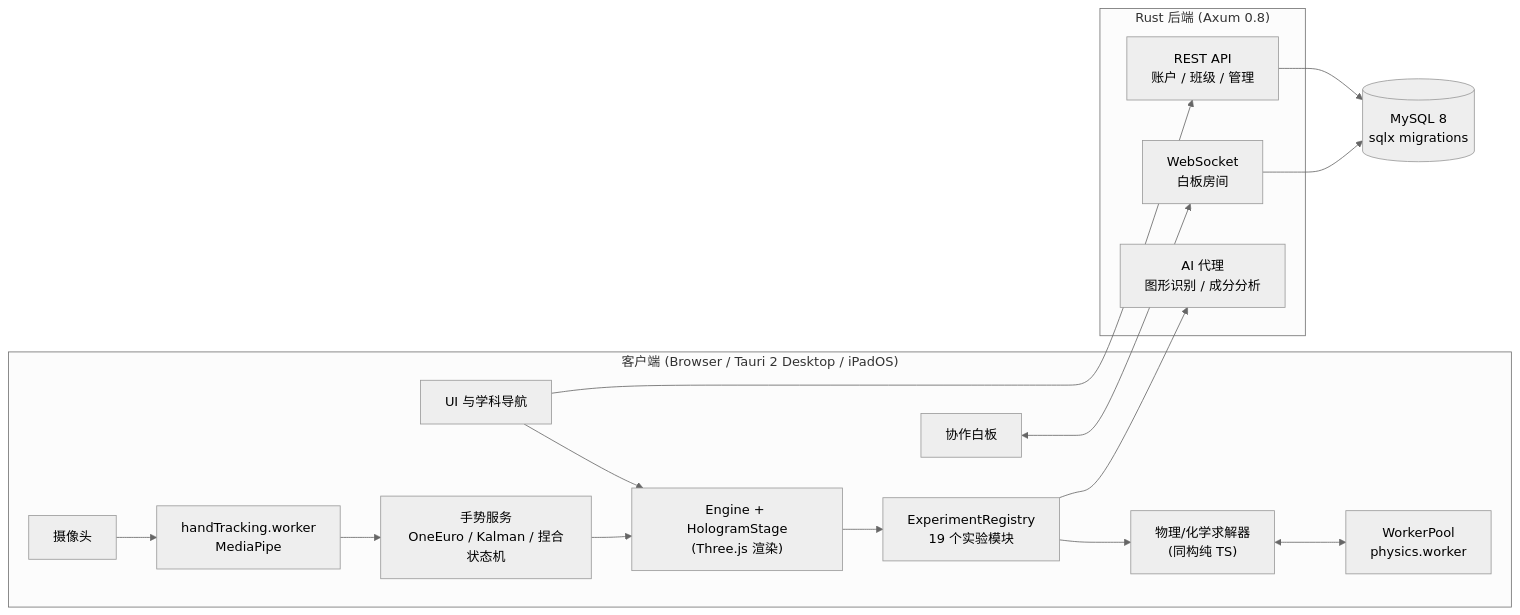
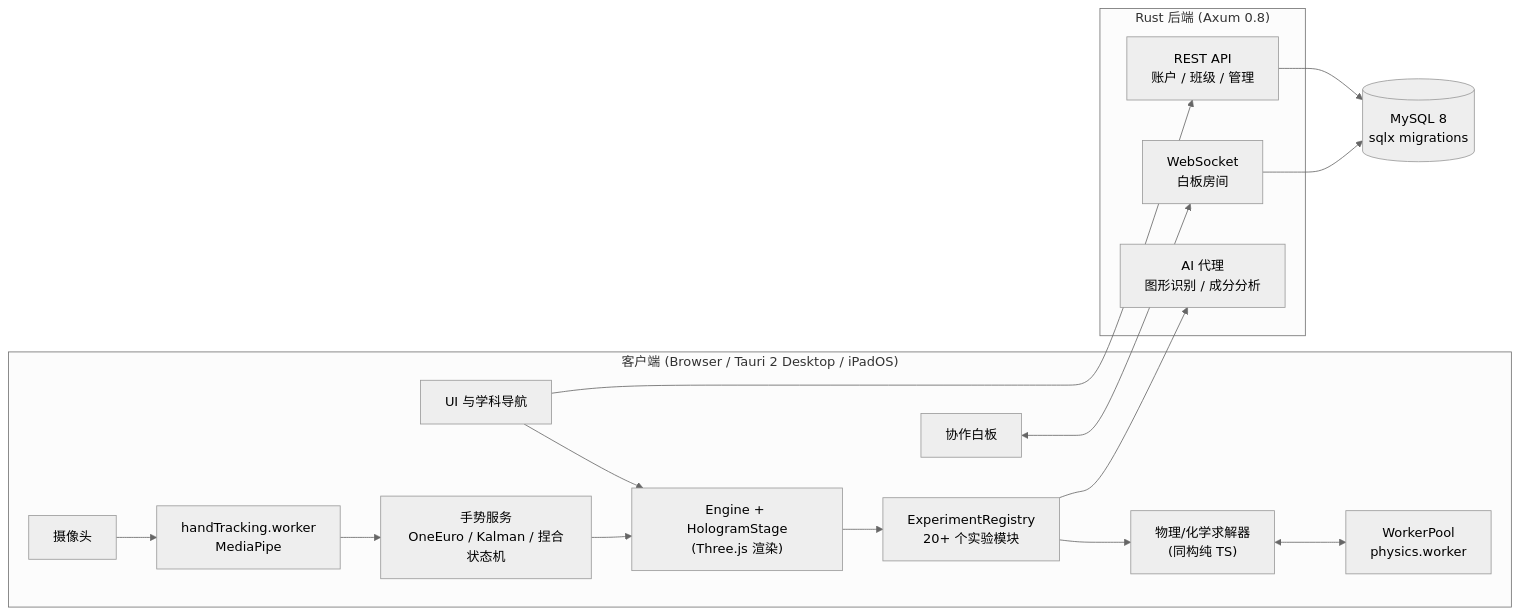
One commit to SenorPink0487/HoloGrip-Beta changed the diagram in README.md. Above: the diagram before and after it, drawn with Mermaid (neutral theme). The commit also changed other lines of this file, not shown here.

````diff
--- a/README.md
+++ b/README.md
@@ -60,22 +76,22 @@
 ```mermaid
 flowchart LR
   subgraph Client["客户端 (Browser / Tauri 2 Desktop / iPadOS)"]
     UI["UI 与学科导航"] --> Engine["Engine + HologramStage<br/>(Three.js 渲染)"]
-    Engine --> Registry["ExperimentRegistry<br/>19 个实验模块"]
+    Engine --> Registry["ExperimentRegistry<br/>20+ 个实验模块"]
     Registry --> Physics["物理/化学求解器<br/>(同构纯 TS)"]
     Physics <--> Pool["WorkerPool<br/>physics.worker"]
     Cam["摄像头"] --> HT["handTracking.worker<br/>MediaPipe"] --> Gesture["手势服务<br/>OneEuro / Kalman / 捏合状态机"] --> Engine
     WB["协作白板"]
   end
   subgraph Server["Rust 后端 (Axum 0.8)"]
     API["REST API<br/>账户 / 班级 / 管理"]
     WS["WebSocket<br/>白板房间"]
     AI["AI 代理<br/>图形识别 / 成分分析"]
   end
   DB[("MySQL 8<br/>sqlx migrations")]
   UI --> API
   WB <--> WS
   Registry --> AI
   API --> DB
   WS --> DB
 ```
````
